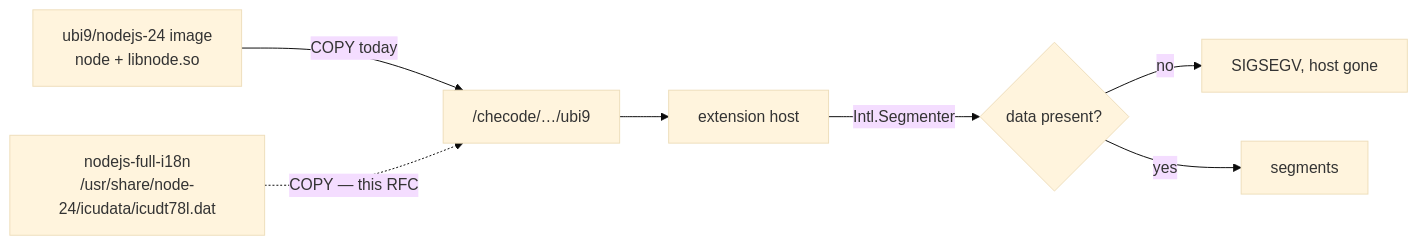
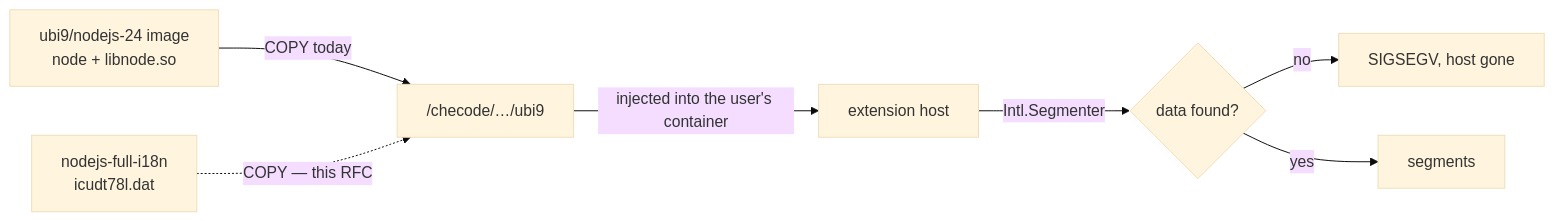
Before and after one commit to batlehub/batlehub: the first of 2 diagrams in docs/rfc/0034-full-icu-node.md, drawn with Mermaid (base theme). The commit also changed other lines of this file and 12 other files, not shown here.

````diff
--- a/docs/rfc/0034-full-icu-node.md
+++ b/docs/rfc/0034-full-icu-node.md
@@ -160,9 +202,9 @@
 ```mermaid
 flowchart LR
-  A["ubi9/nodejs-24 image<br/>node + libnode.so"] -->|COPY today| C["/checode/…/ubi9"]
-  B["nodejs-full-i18n<br/>/usr/share/node-24/icudata/icudt78l.dat"] -.->|"COPY — this RFC"| C
-  C --> D["extension host"]
-  D -->|"Intl.Segmenter"| E{"data present?"}
-  E -->|no| F["SIGSEGV, host gone"]
-  E -->|yes| G["segments"]
+  A["ubi9/nodejs-24 image<br/>node + libnode.so"] -->|"COPY today"| C["/checode/…/ubi9"]
+  B["nodejs-full-i18n<br/>icudt78l.dat"] -.->|"COPY — this RFC"| C
+  C -->|"injected into the user's container"| D["extension host"]
+  D -->|"Intl.Segmenter"| E{"data found?"}
+  E -->|"no"| F["SIGSEGV, host gone"]
+  E -->|"yes"| G["segments"]
 ```
````
